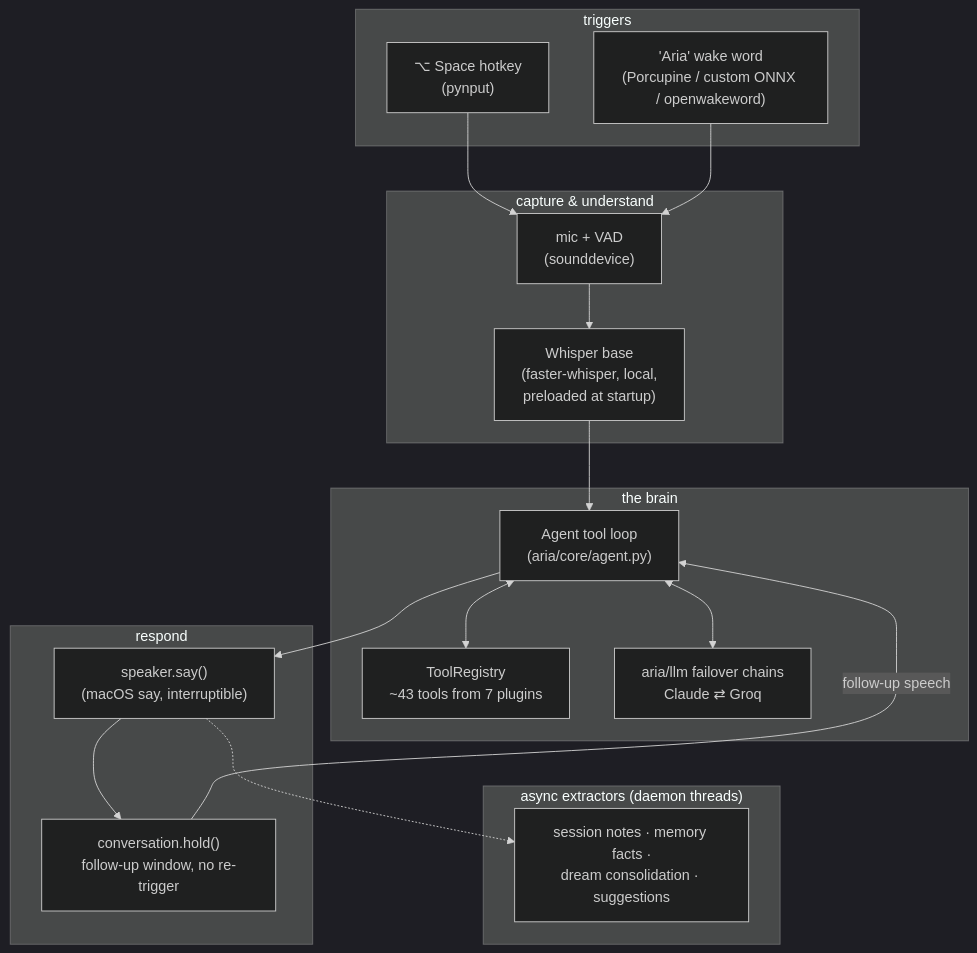
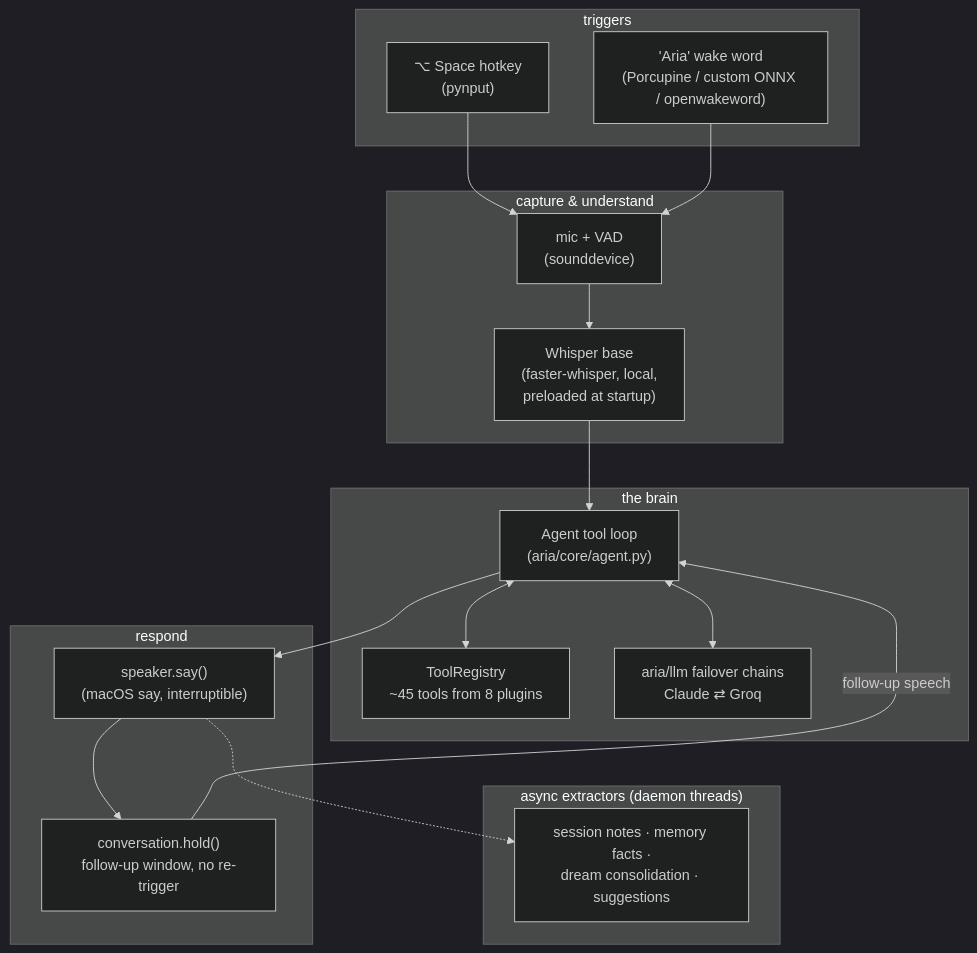
One commit to Bhanu1299/Aria changed the first of 6 diagrams in ARCHITECTURE.md. Above: the diagram before and after it, drawn with Mermaid (dark theme). The commit also changed other lines of this file and 9 other files, not shown here.

First line of the commit message:
feat(context): cross-app person and topic timeline

````diff
--- a/ARCHITECTURE.md
+++ b/ARCHITECTURE.md
@@ -22,36 +22,36 @@
 ```mermaid
 flowchart TB
     subgraph triggers [" triggers "]
         HK["⌥ Space hotkey<br/>(pynput)"]
         WW["'Aria' wake word<br/>(Porcupine / custom ONNX / openwakeword)"]
     end
 
     subgraph capture [" capture & understand "]
         VAD["mic + VAD<br/>(sounddevice)"]
         WH["Whisper base<br/>(faster-whisper, local,<br/>preloaded at startup)"]
     end
 
     subgraph brain [" the brain "]
         AG["Agent tool loop<br/>(aria/core/agent.py)"]
-        REG["ToolRegistry<br/>~43 tools from 7 plugins"]
+        REG["ToolRegistry<br/>~45 tools from 8 plugins"]
         LLM["aria/llm failover chains<br/>Claude ⇄ Groq"]
     end
 
     subgraph out [" respond "]
         TTS["speaker.say()<br/>(macOS say, interruptible)"]
         CONV["conversation.hold()<br/>follow-up window, no re-trigger"]
     end
 
     subgraph async [" async extractors (daemon threads) "]
         EX["session notes · memory facts ·<br/>dream consolidation · suggestions"]
     end
 
     HK --> VAD
     WW --> VAD
     VAD --> WH --> AG
     AG <--> REG
     AG <--> LLM
     AG --> TTS --> CONV
     CONV -->|"follow-up speech"| AG
     TTS -.-> EX
 ```
````
